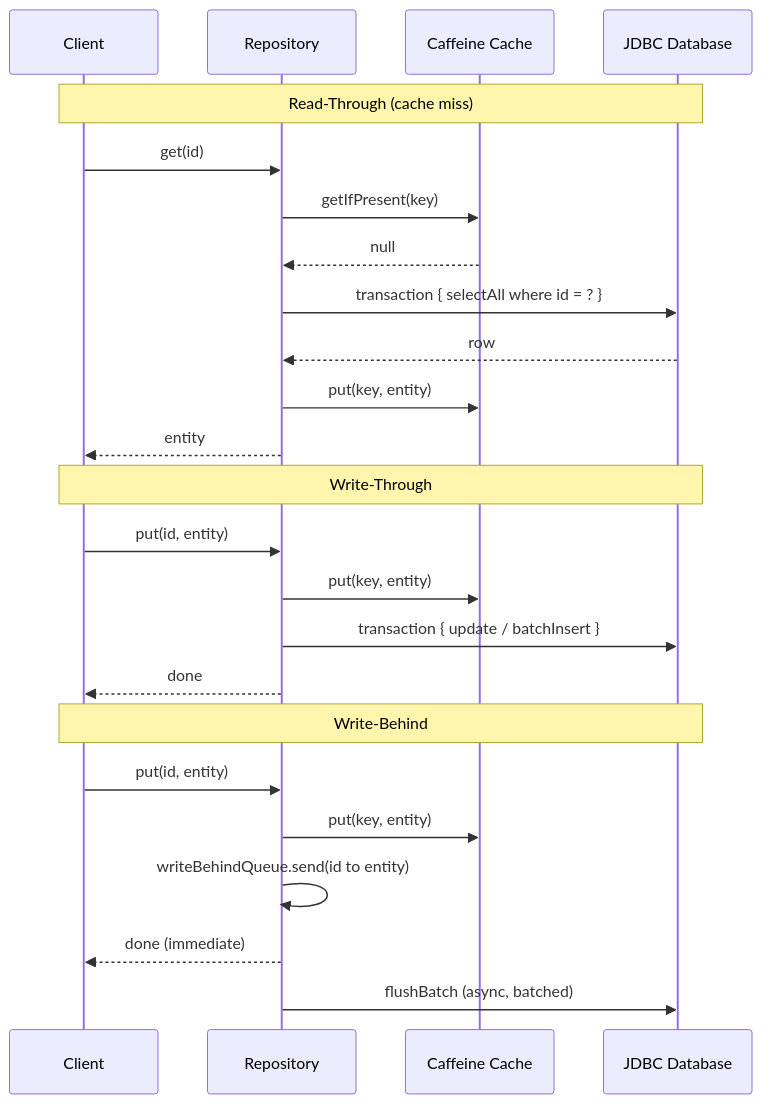
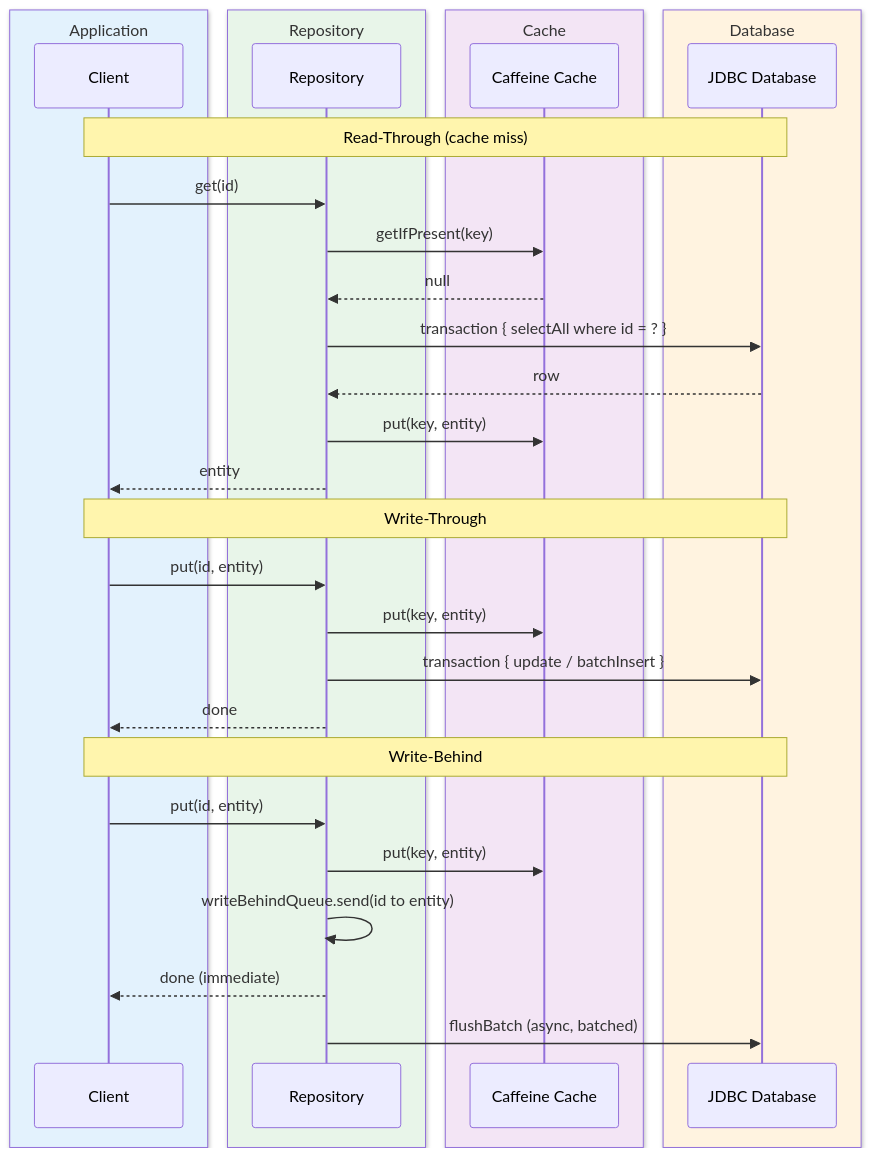
One commit to bluetape4k/bluetape4k-projects changed the second of 2 diagrams in data/exposed-jdbc-caffeine/README.md. Above: the diagram before and after it, drawn with Mermaid. The commit also changed other lines of this file and 221 other files, not shown here.

First line of the commit message:
docs: 전체 모듈 README UML 다이어그램 보강 및 색상 업그레이드

````diff
--- a/data/exposed-jdbc-caffeine/README.md
+++ b/data/exposed-jdbc-caffeine/README.md
@@ -84,29 +91,37 @@
 ```mermaid
 sequenceDiagram
-    participant Client
-    participant Repo as Repository
-    participant Caffeine as Caffeine Cache
-    participant DB as JDBC Database
+    box rgb(227, 242, 253) Application
+        participant Client
+    end
+    box rgb(232, 245, 233) Repository
+        participant Repo as Repository
+    end
+    box rgb(243, 229, 245) Cache
+        participant Caffeine as Caffeine Cache
+    end
+    box rgb(255, 243, 224) Database
+        participant DB as JDBC Database
+    end
 
     Note over Client,DB: Read-Through (cache miss)
     Client->>Repo: get(id)
     Repo->>Caffeine: getIfPresent(key)
     Caffeine-->>Repo: null
     Repo->>DB: transaction { selectAll where id = ? }
     DB-->>Repo: row
     Repo->>Caffeine: put(key, entity)
     Repo-->>Client: entity
 
     Note over Client,DB: Write-Through
     Client->>Repo: put(id, entity)
     Repo->>Caffeine: put(key, entity)
     Repo->>DB: transaction { update / batchInsert }
     Repo-->>Client: done
 
     Note over Client,DB: Write-Behind
     Client->>Repo: put(id, entity)
     Repo->>Caffeine: put(key, entity)
     Repo->>Repo: writeBehindQueue.send(id to entity)
     Repo-->>Client: done (immediate)
     Repo->>DB: flushBatch (async, batched)
 ```
````
